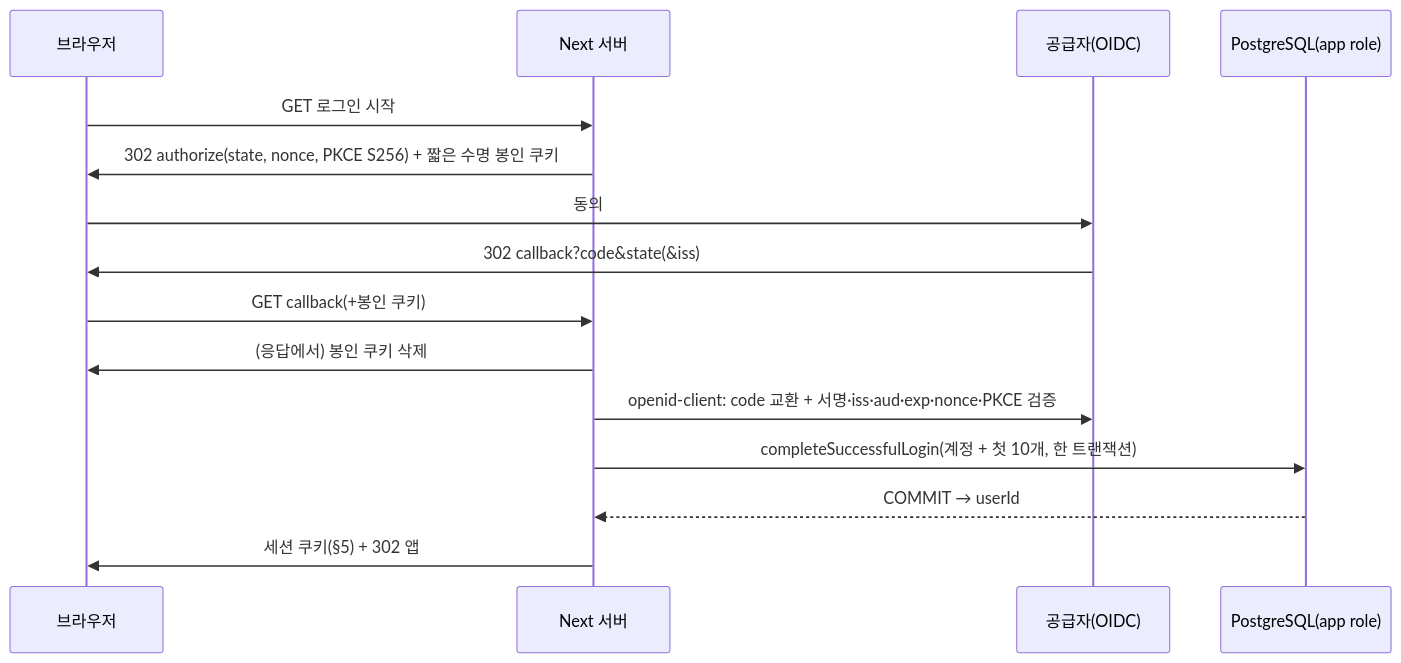
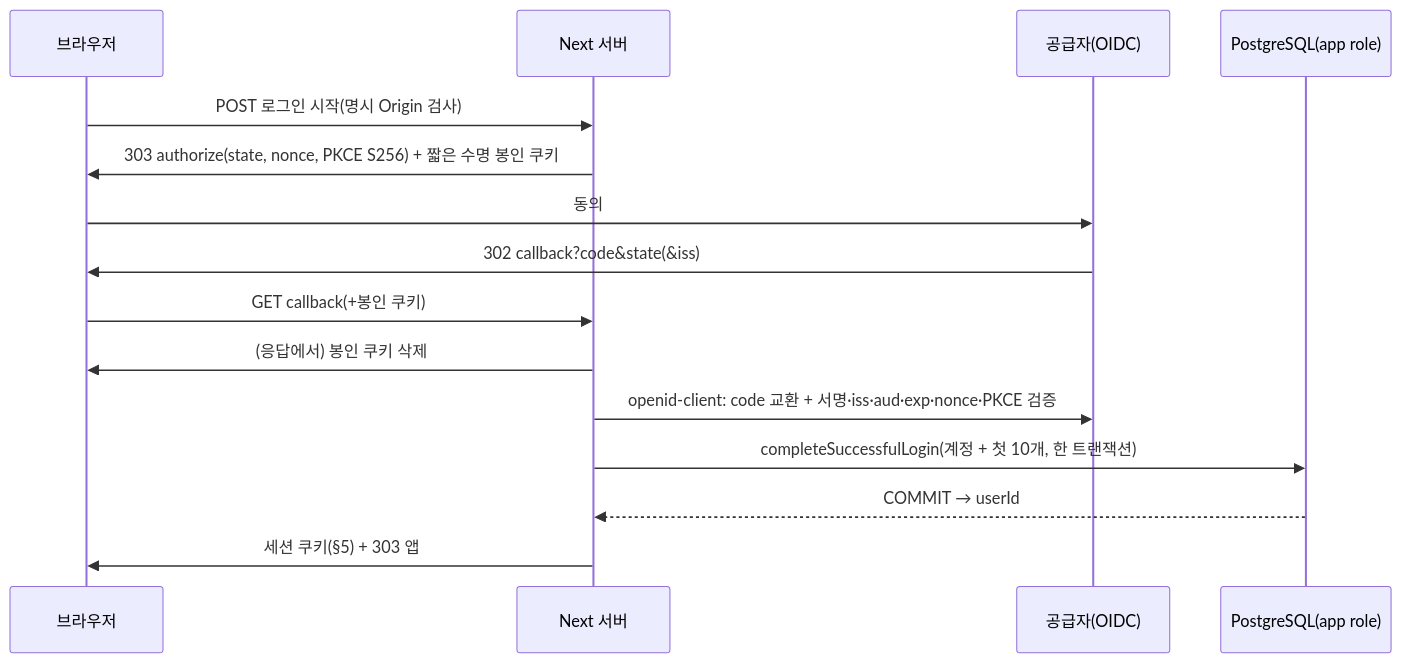
Before and after one commit to kindsr/devscent-pieceofdays-main: the diagram in docs/plans/PLAN_mvp-authentication.md, drawn with Mermaid. The commit also changed other lines of this file and 2 other files, not shown here.

Commit message:
docs: R1 of F4b/c OIDC integration plan (review fixes, main decisions)
Address the PR36 R0 review (P1 x2, P2 x7) and record the main's 2026-11-03
implementation decisions:
- readFlow/readRecovery check format only; issuer href policy fixed; config
  binding (provider path, enabled config, issuer.href) moves to callback step 4
- AuthR error returns a fixed 503 with no Location, cookies or DB change;
  HandlerResult becomes a 303|403|404|503 union
- per-route failure matrix with cookie/DB effects (DB failure, seal failure
  after COMMIT, restore always deletes recovery after proof check, pre-OAuth
  failures never touch session/recovery)
- pure runtime-mode checks and loadAuthConfig precedence for fixture/mock
- duplicate query entries preserved; cancel response treated as B5 unknown
- enableNonRepudiationChecks required; F5-before signed_in notice
- B5 local preflight scope; JSON number-map session secret in appendix A
- R4 diagram aligned to POST start and 303

No code, test, package, config or service changes.

Claude-Session: https://claude.ai/code/session_01MmBFF5SAEMbpwEuatgxvhw

````diff
--- a/docs/plans/PLAN_mvp-authentication.md
+++ b/docs/plans/PLAN_mvp-authentication.md
@@ -53,17 +53,17 @@
 ```mermaid
 sequenceDiagram
   participant B as 브라우저
   participant A as Next 서버
   participant P as 공급자(OIDC)
   participant D as PostgreSQL(app role)
-  B->>A: GET 로그인 시작
-  A->>B: 302 authorize(state, nonce, PKCE S256) + 짧은 수명 봉인 쿠키
+  B->>A: POST 로그인 시작(명시 Origin 검사)
+  A->>B: 303 authorize(state, nonce, PKCE S256) + 짧은 수명 봉인 쿠키
   B->>P: 동의
   P->>B: 302 callback?code&state(&iss)
   B->>A: GET callback(+봉인 쿠키)
   A->>B: (응답에서) 봉인 쿠키 삭제
   A->>P: openid-client: code 교환 + 서명·iss·aud·exp·nonce·PKCE 검증
   A->>D: completeSuccessfulLogin(계정 + 첫 10개, 한 트랜잭션)
   D-->>A: COMMIT → userId
-  A->>B: 세션 쿠키(§5) + 302 앱
+  A->>B: 세션 쿠키(§5) + 303 앱
 ```
````
